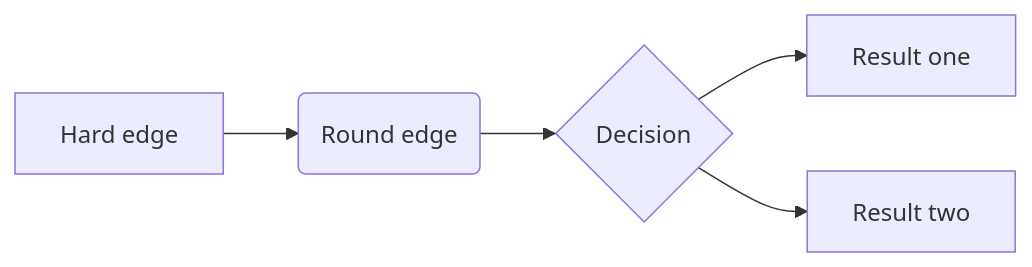
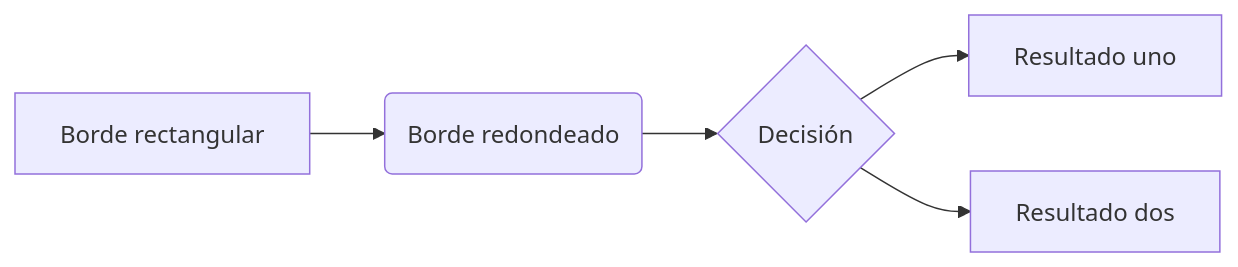
The diagram in index.qmd (clases-r-intermedio/quarto), drawn with Mermaid before and after one commit. The commit also changed other lines of this file and 1 other file, not shown here.

````diff
--- a/index.qmd
+++ b/index.qmd
@@ -590,8 +592,8 @@
 ```{mermaid}
-%%| echo: fenced
+%%| mermaid-format: js
 flowchart LR
-  A[Hard edge] --> B(Round edge)
-  B --> C{Decision}
-  C --> D[Result one]
-  C --> E[Result two]
+  A[Borde rectangular] --> B(Borde redondeado)
+  B --> C{Decisión}
+  C --> D[Resultado uno]
+  C --> E[Resultado dos]
 ```
````
